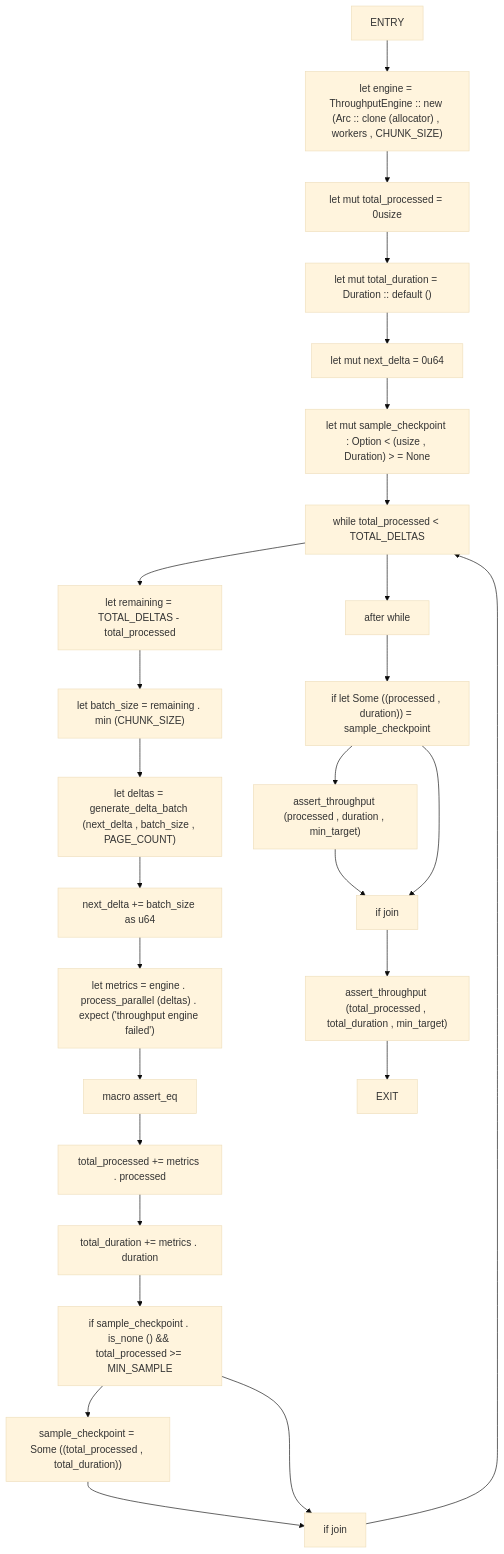
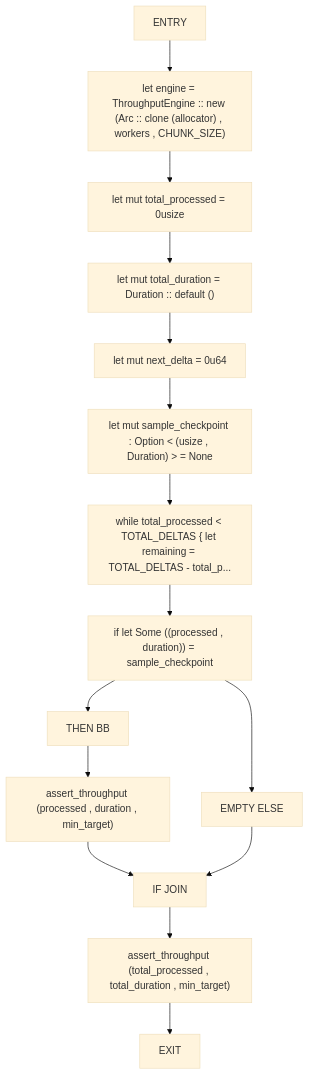
Before and after one commit to cicero-violate/MMSB: diagram 28 of 52 in docs/analysis/cfg/100-tests.md, drawn with Mermaid (base theme). The commit also changed other lines of this file and 865 other files, not shown here.

````diff
--- a/docs/analysis/cfg/100-tests.md
+++ b/docs/analysis/cfg/100-tests.md
@@ -814,53 +679,31 @@
 ```mermaid
 flowchart TD
     run_throughput_benchmark_0["ENTRY"]
     run_throughput_benchmark_1["let engine = ThroughputEngine :: new (Arc :: clone (allocator) , workers , CHUNK_SIZE)"]
     run_throughput_benchmark_2["let mut total_processed = 0usize"]
     run_throughput_benchmark_3["let mut total_duration = Duration :: default ()"]
     run_throughput_benchmark_4["let mut next_delta = 0u64"]
     run_throughput_benchmark_5["let mut sample_checkpoint : Option < (usize , Duration) > = None"]
-    run_throughput_benchmark_6["while total_processed < TOTAL_DELTAS"]
-    run_throughput_benchmark_7["let remaining = TOTAL_DELTAS - total_processed"]
-    run_throughput_benchmark_8["let batch_size = remaining . min (CHUNK_SIZE)"]
-    run_throughput_benchmark_9["let deltas = generate_delta_batch (next_delta , batch_size , PAGE_COUNT)"]
-    run_throughput_benchmark_10["next_delta += batch_size as u64"]
-    run_throughput_benchmark_11["let metrics = engine . process_parallel (deltas) . expect ('throughput engine failed')"]
-    run_throughput_benchmark_12["macro assert_eq"]
-    run_throughput_benchmark_13["total_processed += metrics . processed"]
-    run_throughput_benchmark_14["total_duration += metrics . duration"]
-    run_throughput_benchmark_15["if sample_checkpoint . is_none () && total_processed >= MIN_SAMPLE"]
-    run_throughput_benchmark_16["sample_checkpoint = Some ((total_processed , total_duration))"]
-    run_throughput_benchmark_17["if join"]
-    run_throughput_benchmark_18["after while"]
-    run_throughput_benchmark_19["if let Some ((processed , duration)) = sample_checkpoint"]
-    run_throughput_benchmark_20["assert_throughput (processed , duration , min_target)"]
-    run_throughput_benchmark_21["if join"]
-    run_throughput_benchmark_22["assert_throughput (total_processed , total_duration , min_target)"]
-    run_throughput_benchmark_23["EXIT"]
+    run_throughput_benchmark_6["while total_processed < TOTAL_DELTAS { let remaining = TOTAL_DELTAS - total_p..."]
+    run_throughput_benchmark_7["if let Some ((processed , duration)) = sample_checkpoint"]
+    run_throughput_benchmark_8["THEN BB"]
+    run_throughput_benchmark_9["assert_throughput (processed , duration , min_target)"]
+    run_throughput_benchmark_10["EMPTY ELSE"]
+    run_throughput_benchmark_11["IF JOIN"]
+    run_throughput_benchmark_12["assert_throughput (total_processed , total_duration , min_target)"]
+    run_throughput_benchmark_13["EXIT"]
     run_throughput_benchmark_0 --> run_throughput_benchmark_1
     run_throughput_benchmark_1 --> run_throughput_benchmark_2
     run_throughput_benchmark_2 --> run_throughput_benchmark_3
     run_throughput_benchmark_3 --> run_throughput_benchmark_4
     run_throughput_benchmark_4 --> run_throughput_benchmark_5
     run_throughput_benchmark_5 --> run_throughput_benchmark_6
     run_throughput_benchmark_6 --> run_throughput_benchmark_7
     run_throughput_benchmark_7 --> run_throughput_benchmark_8
     run_throughput_benchmark_8 --> run_throughput_benchmark_9
-    run_throughput_benchmark_9 --> run_throughput_benchmark_10
+    run_throughput_benchmark_7 --> run_throughput_benchmark_10
+    run_throughput_benchmark_9 --> run_throughput_benchmark_11
     run_throughput_benchmark_10 --> run_throughput_benchmark_11
     run_throughput_benchmark_11 --> run_throughput_benchmark_12
     run_throughput_benchmark_12 --> run_throughput_benchmark_13
-    run_throughput_benchmark_13 --> run_throughput_benchmark_14
-    run_throughput_benchmark_14 --> run_throughput_benchmark_15
-    run_throughput_benchmark_15 --> run_throughput_benchmark_16
-    run_throughput_benchmark_16 --> run_throughput_benchmark_17
-    run_throughput_benchmark_15 --> run_throughput_benchmark_17
-    run_throughput_benchmark_17 --> run_throughput_benchmark_6
-    run_throughput_benchmark_6 --> run_throughput_benchmark_18
-    run_throughput_benchmark_18 --> run_throughput_benchmark_19
-    run_throughput_benchmark_19 --> run_throughput_benchmark_20
-    run_throughput_benchmark_20 --> run_throughput_benchmark_21
-    run_throughput_benchmark_19 --> run_throughput_benchmark_21
-    run_throughput_benchmark_21 --> run_throughput_benchmark_22
-    run_throughput_benchmark_22 --> run_throughput_benchmark_23
 ```
````
